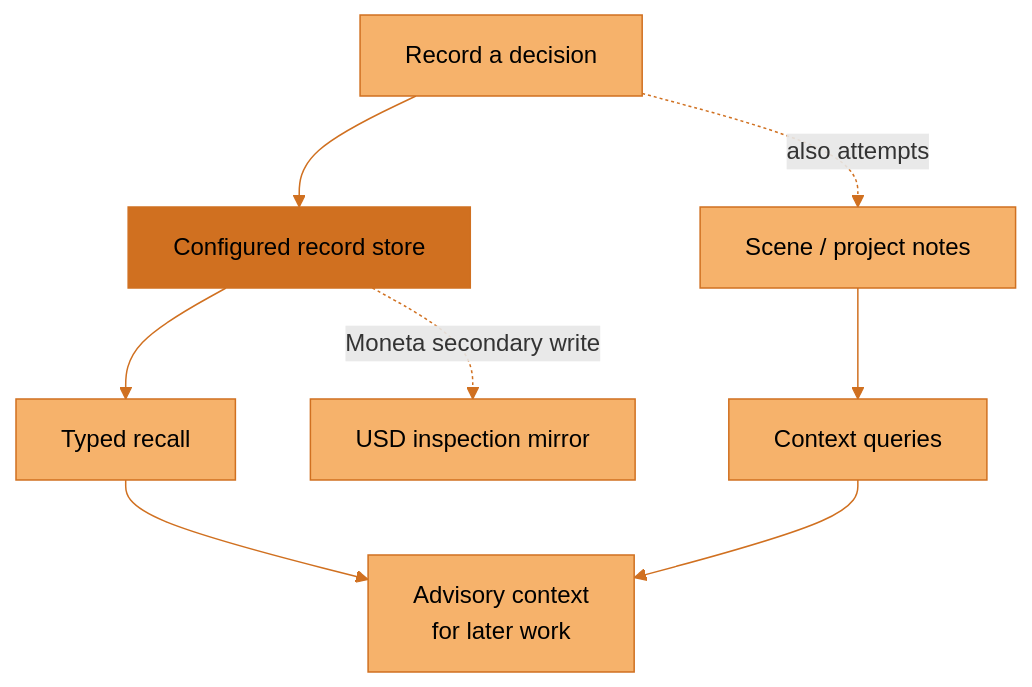
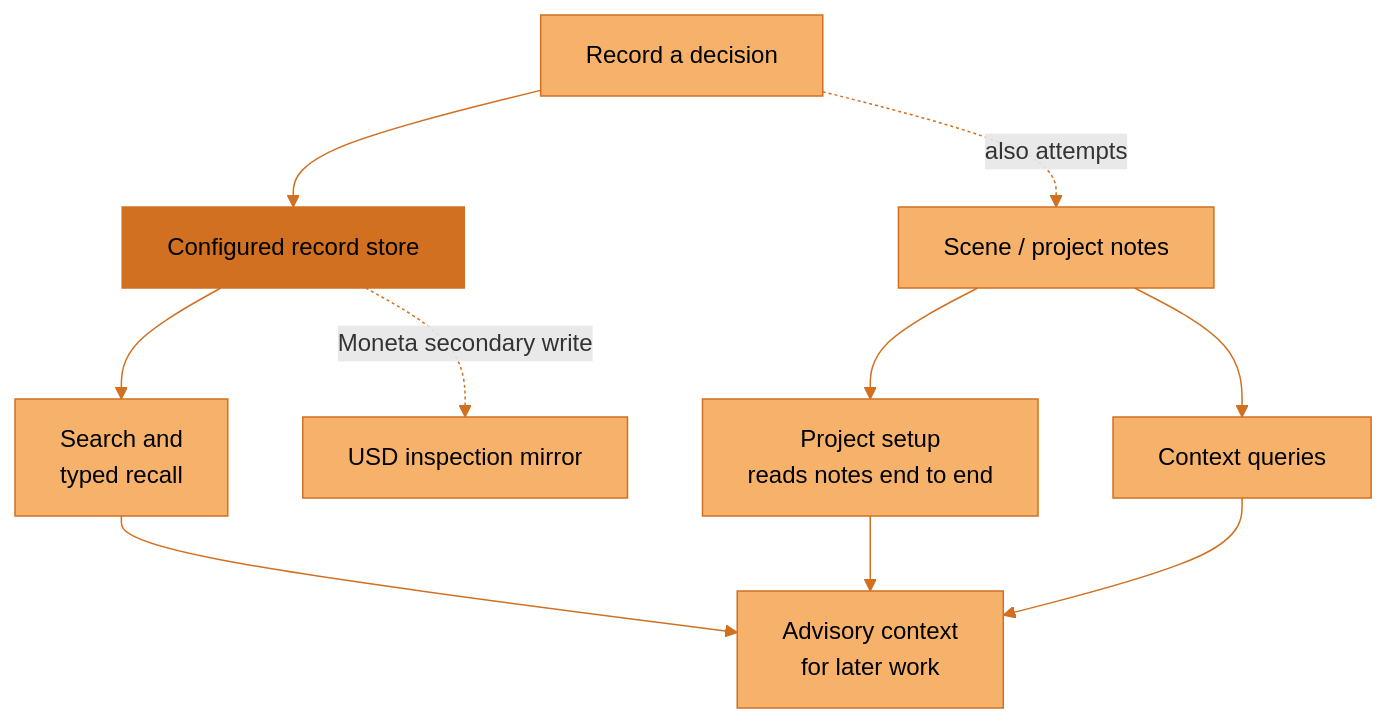
The seventh of 10 diagrams in docs/architecture/overview.md (JosephOIbrahim/Synapse), drawn with Mermaid before and after one commit. The commit also changed other lines of this file and 1 other file, not shown here.

First line of the commit message:
docs: README and architecture diagrams catch up to v5.94.0

````diff
--- a/docs/architecture/overview.md
+++ b/docs/architecture/overview.md
@@ -192,16 +222,18 @@
 ```mermaid
 flowchart TD
     accTitle: Saved decisions, notes and advisory recall
-    accDescr: A decision is written to the configured record store and may also produce a scene note. Typed recall and scene-note queries return advisory context. Moneta can also write a USD inspection mirror, separate from the storage owner.
+    accDescr: A decision is written to the configured record store and may also produce a scene note. Search and recall read the record store. Project setup and context queries read the scene and project notes. Both return advisory context. Moneta can also write a USD inspection mirror, separate from the storage owner.
     D["Record a decision"] --> S["Configured record store"]
     D -.->|"also attempts"| N["Scene / project notes"]
-    S --> R["Typed recall"]
+    S --> R["Search and<br/>typed recall"]
+    N --> P["Project setup<br/>reads notes end to end"]
     N --> Q["Context queries"]
     R --> C["Advisory context<br/>for later work"]
+    P --> C
     Q --> C
     S -.->|"Moneta secondary write"| V["USD inspection mirror"]
     classDef default fill:#F6B26B,stroke:#D07020,color:#000000
     classDef synapse fill:#D07020,stroke:#D07020,color:#000000
     class S synapse
     linkStyle default stroke:#D07020
 ```
````
